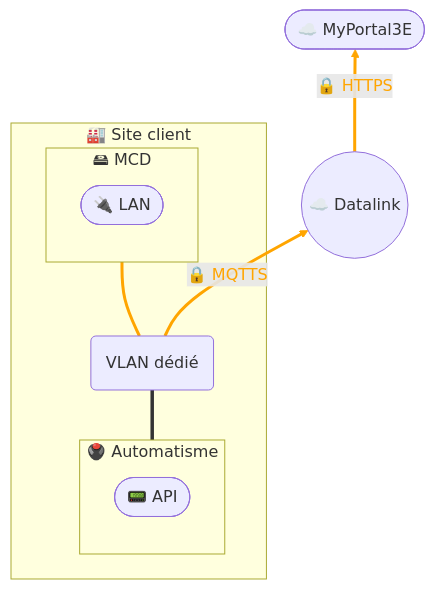
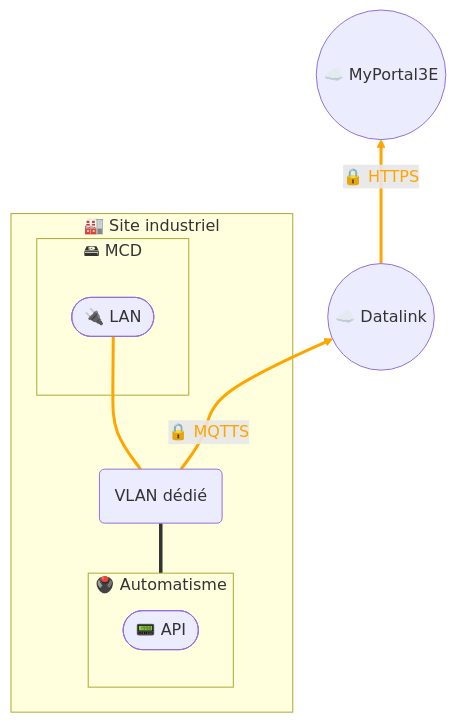
The first of 2 diagrams in docs/data/Collecte de données - MCD.md (JohannPx/network-architectures), drawn with Mermaid before and after one commit. The commit also changed other lines of this file and 12 other files, not shown here.

````diff
--- a/docs/data/Collecte de données - MCD.md
+++ b/docs/data/Collecte de données - MCD.md
@@ -5,25 +5,25 @@
 ```mermaid
 flowchart BT
 
-    subgraph site [🏭 Site client]
+    subgraph site [🏭 Site industriel]
         subgraph automation [🖲️ Automatisme]
             plc([📟 API])
         end
 
         vlan(VLAN dédié)
         
         subgraph mcd [🖴 MCD]
             mcdLan([🔌 LAN])
         end
     end
 
     myportal3e((☁️ MyPortal3E))
 
-    vlan == 🔒 MQTTS ==> datalink((☁️ Datalink)) == 🔒 HTTPS ==> myportal3e([☁️ MyPortal3E])
+    vlan == 🔒 MQTTS ==> datalink((☁️ Datalink)) == 🔒 HTTPS ==> myportal3e((☁️ MyPortal3E))
     automation === vlan
-    vlan === mcd
+    vlan === mcdLan
     
     linkStyle 0 stroke:orange,stroke-width:3px,color:orange;
     linkStyle 1 stroke:orange,stroke-width:3px,color:orange;
     linkStyle 3 stroke:orange,stroke-width:3px,color:orange;
 ```
````
